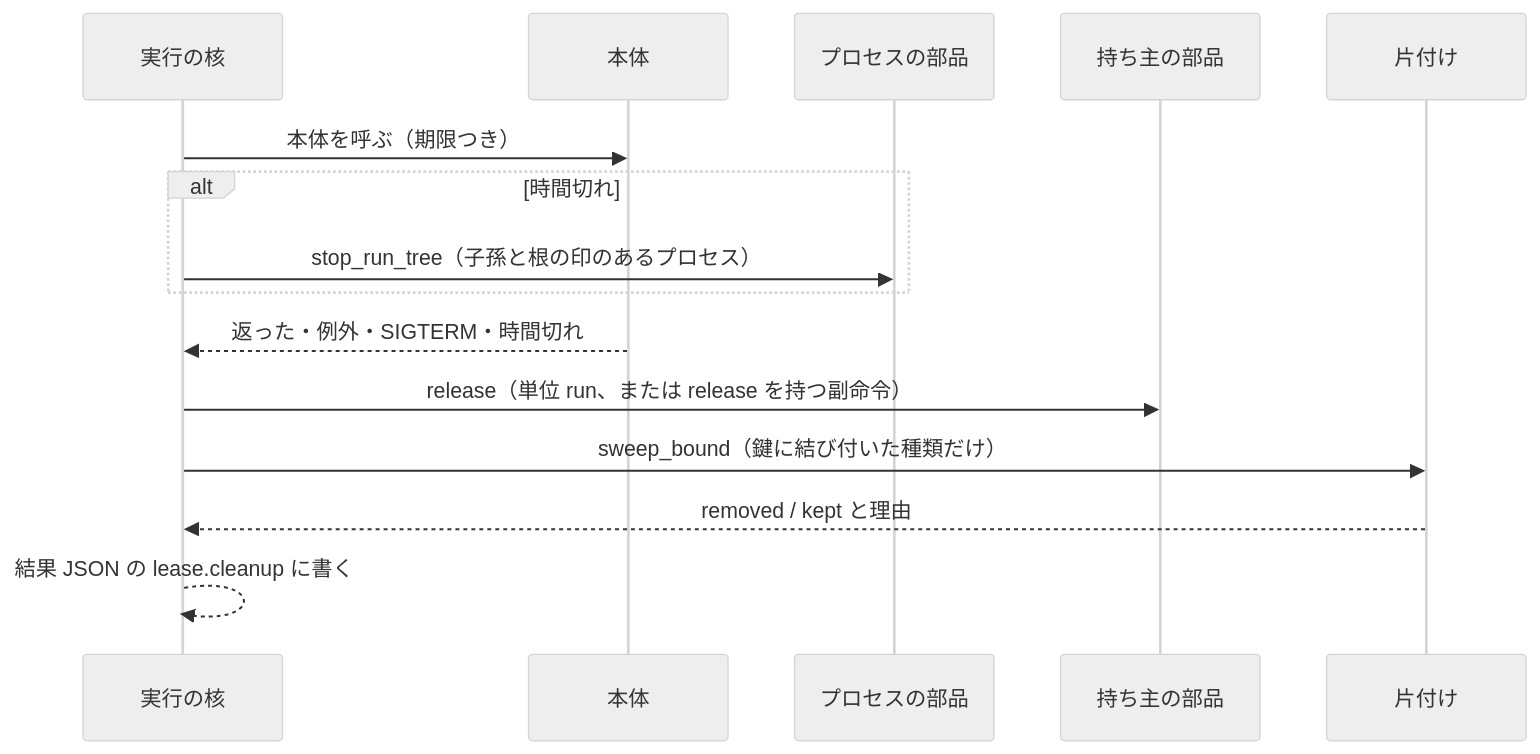
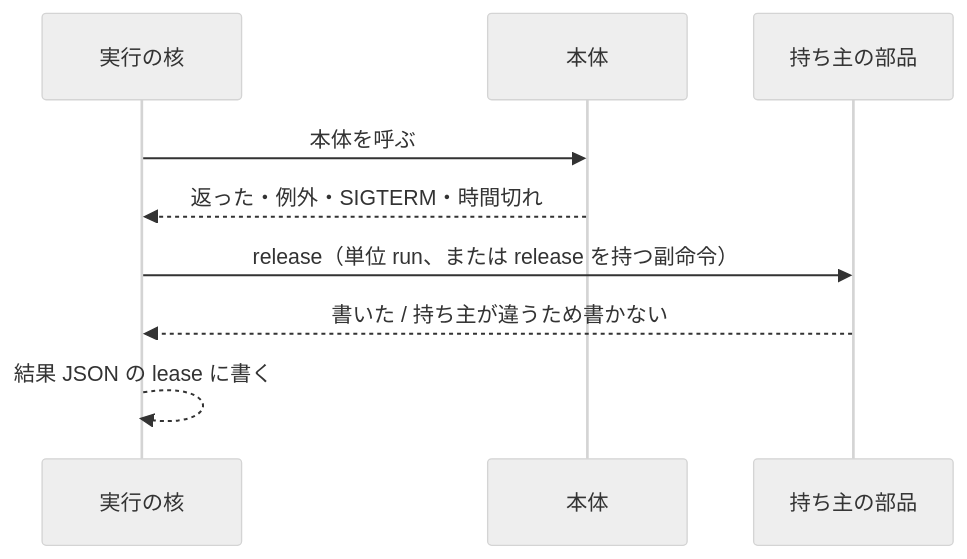
The fifth of 7 diagrams in issues/issue-2342-design.md (devbasex/ai-plugins), drawn with Mermaid (neutral theme) before and after one commit. The commit also changed other lines of this file and 5 other files, not shown here.

````diff
--- a/issues/issue-2342-design.md
+++ b/issues/issue-2342-design.md
@@ -368,17 +309,11 @@
 ```mermaid
 sequenceDiagram
     participant K as 実行の核
     participant B as 本体
-    participant P as プロセスの部品
     participant L as 持ち主の部品
-    participant S as 片付け
-    K->>B: 本体を呼ぶ（期限つき）
-    alt 時間切れ
-        K->>P: stop_run_tree（子孫と根の印のあるプロセス）
-    end
+    K->>B: 本体を呼ぶ
     B-->>K: 返った・例外・SIGTERM・時間切れ
     K->>L: release（単位 run、または release を持つ副命令）
-    K->>S: sweep_bound（鍵に結び付いた種類だけ）
-    S-->>K: removed / kept と理由
-    K-->>K: 結果 JSON の lease.cleanup に書く
+    L-->>K: 書いた / 持ち主が違うため書かない
+    K-->>K: 結果 JSON の lease に書く
 ```
````
